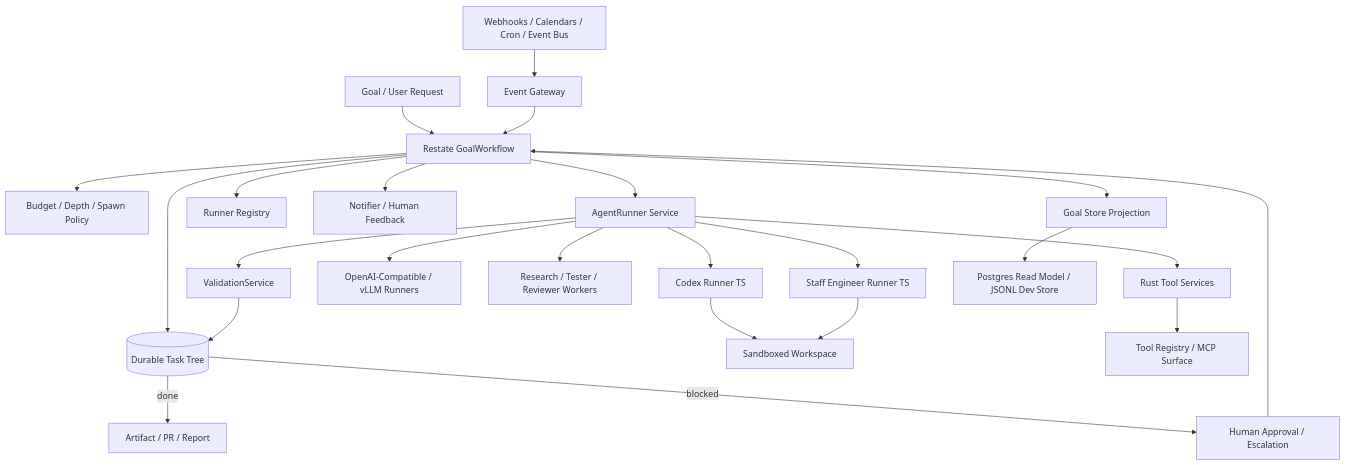
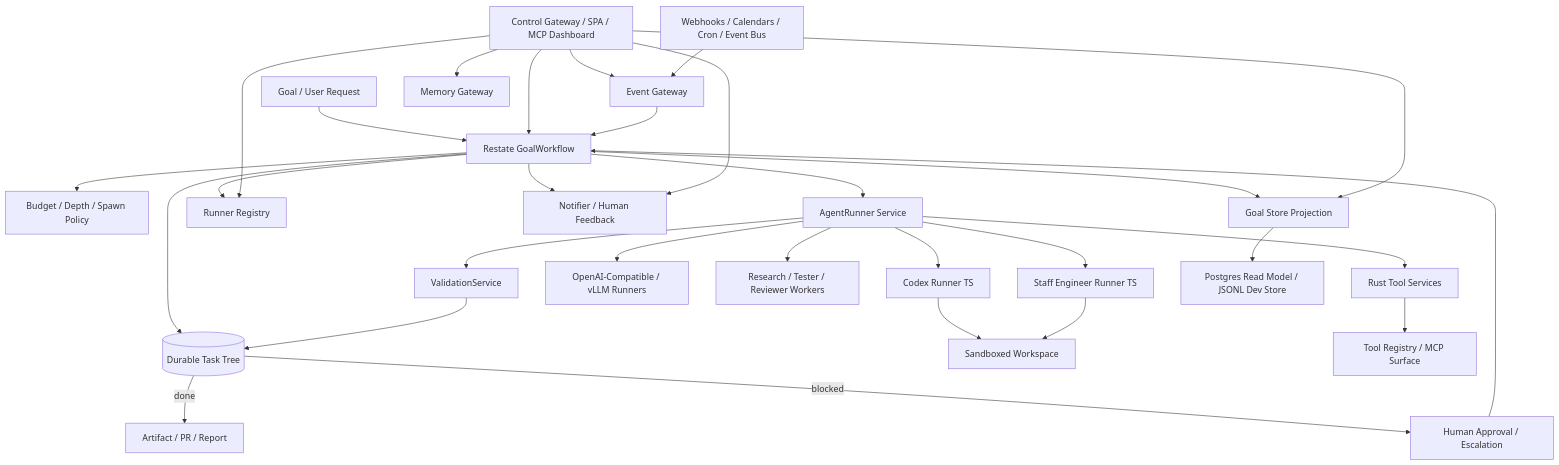
One commit to josephjohncox/joseph-and-the-amazing-technicolor-task-graph changed the diagram in ARCHITECTURE.md. Above: the diagram before and after it, drawn with Mermaid. The commit also changed other lines of this file and 129 other files, not shown here.

First line of the commit message:
feat(control-plane): add durable planning and operator gateway

````diff
--- a/ARCHITECTURE.md
+++ b/ARCHITECTURE.md
@@ -11,26 +11,32 @@
 ```mermaid
 flowchart TD
     G["Goal / User Request"] --> R["Restate GoalWorkflow"]
     R --> TT[("Durable Task Tree")]
     R --> B["Budget / Depth / Spawn Policy"]
     R --> AR["AgentRunner Service"]
     R --> RR["Runner Registry"]
     R --> N["Notifier / Human Feedback"]
     R --> GS["Goal Store Projection"]
+    UI["Control Gateway / SPA / MCP Dashboard"] --> GS
+    UI --> N
+    UI --> EG
+    UI --> RR
+    UI --> MEM["Memory Gateway"]
+    UI --> R
     EV["Webhooks / Calendars / Cron / Event Bus"] --> EG["Event Gateway"]
     EG --> R
     AR --> COD["Codex Runner TS"]
     AR --> SE["Staff Engineer Runner TS"]
     AR --> VLLM["OpenAI-Compatible / vLLM Runners"]
     AR --> RE["Research / Tester / Reviewer Workers"]
     AR --> RT["Rust Tool Services"]
     COD --> WS["Sandboxed Workspace"]
     SE --> WS
     RT --> MCP["Tool Registry / MCP Surface"]
     AR --> V["ValidationService"]
     GS --> PG["Postgres Read Model / JSONL Dev Store"]
     V --> TT
     TT -->|done| DONE["Artifact / PR / Report"]
     TT -->|blocked| H["Human Approval / Escalation"]
     H --> R
 ```
````
